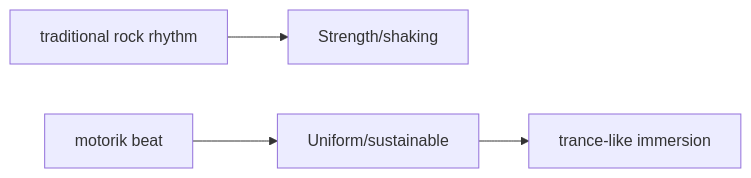
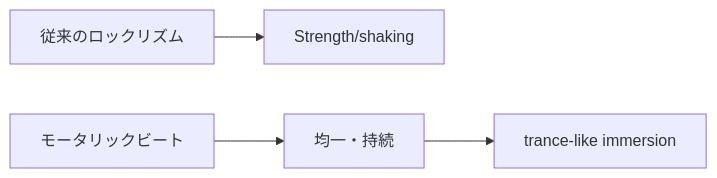
One commit to monumental-movement/monumental-movement.github.io changed the first of 5 diagrams in en/_posts/2026-04-25-column-neu.md. Above: the diagram before and after it, drawn with Mermaid. The commit also changed other lines of this file and 2196 other files, not shown here.

```diff
--- a/en/_posts/2026-04-25-column-neu.md
+++ b/en/_posts/2026-04-25-column-neu.md
@@ -61,6 +61,6 @@
 <div class="mermaid">
 graph LR
-A[traditional rock rhythm] --> B[Strength/shaking]
-C[motorik beat] --> D[Uniform/sustainable]
+A[従来のロックリズム] --> B[Strength/shaking]
+C[モータリックビート] --> D[均一・持続]
 D --> E[trance-like immersion]
 </div>
```
